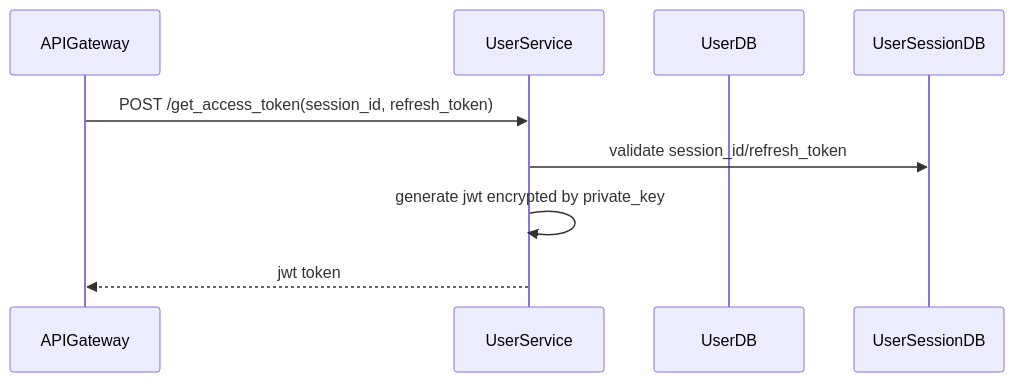
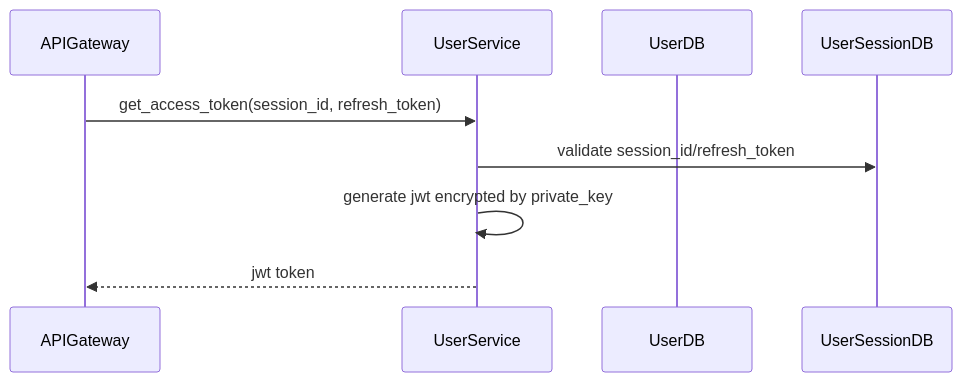
Before and after one commit to tungminh111/Crypto-Exchange-System: the sixth of 8 diagrams in document/UserServiceDesign.md, drawn with Mermaid. The commit also changed other lines of this file and 1 other file, not shown here.

Commit message:
fix mermaid format

````diff
--- a/document/UserServiceDesign.md
+++ b/document/UserServiceDesign.md
@@ -79,11 +79,11 @@
 ```mermaid
 sequenceDiagram
     participant api as APIGateway
     participant us as UserService
     participant udb as UserDB
     participant usdb as UserSessionDB
-    api ->> us: POST /get_access_token(session_id, refresh_token)
+    api ->> us: get_access_token(session_id, refresh_token)
     us ->> usdb: validate session_id/refresh_token
     us ->> us: generate jwt encrypted by private_key 
     us -->> api: jwt token
 ```
````
